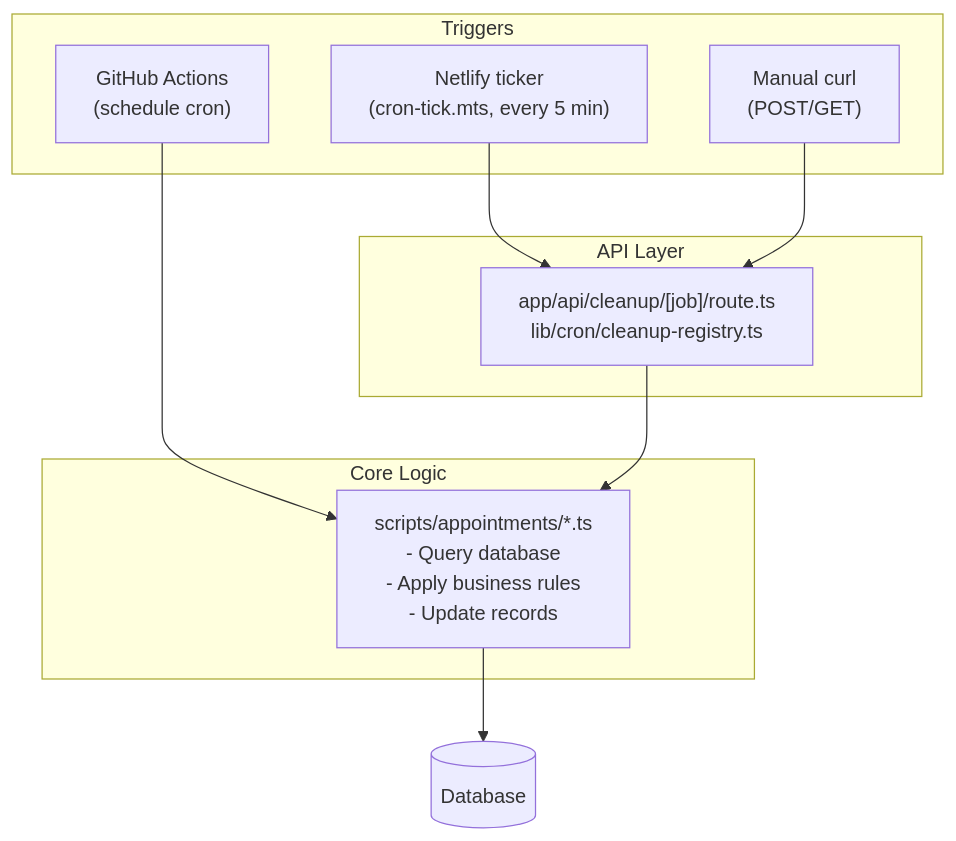
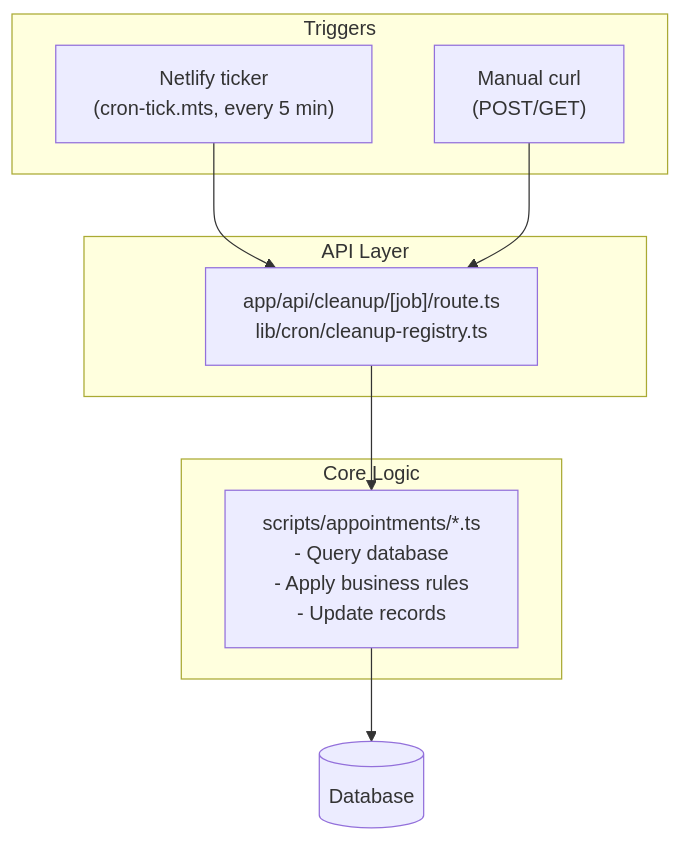
One commit to Practitionist/familiarise_web changed the diagram in docs/booking/13-cron-jobs-and-background-tasks.md. Above: the diagram before and after it, drawn with Mermaid. The commit also changed other lines of this file and 9 other files, not shown here.

````diff
--- a/docs/booking/13-cron-jobs-and-background-tasks.md
+++ b/docs/booking/13-cron-jobs-and-background-tasks.md
@@ -311,22 +311,20 @@
 ```mermaid
 flowchart TD
     subgraph Triggers
-        GHA["GitHub Actions<br/>(schedule cron)"]
         TICK["Netlify ticker<br/>(cron-tick.mts, every 5 min)"]
         MANUAL["Manual curl<br/>(POST/GET)"]
     end
 
     subgraph "API Layer"
         ROUTE["app/api/cleanup/[job]/route.ts<br/>lib/cron/cleanup-registry.ts"]
     end
 
     subgraph "Core Logic"
         SCRIPT["scripts/appointments/*.ts<br/>- Query database<br/>- Apply business rules<br/>- Update records"]
     end
 
-    GHA --> SCRIPT
     TICK --> ROUTE
     MANUAL --> ROUTE
     ROUTE --> SCRIPT
     SCRIPT --> DB[(Database)]
 ```
````
